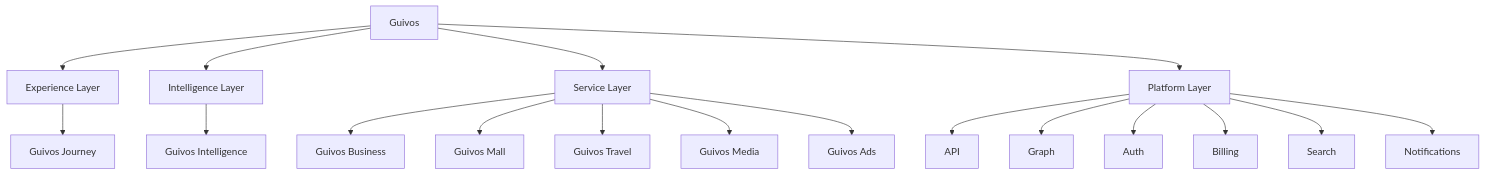
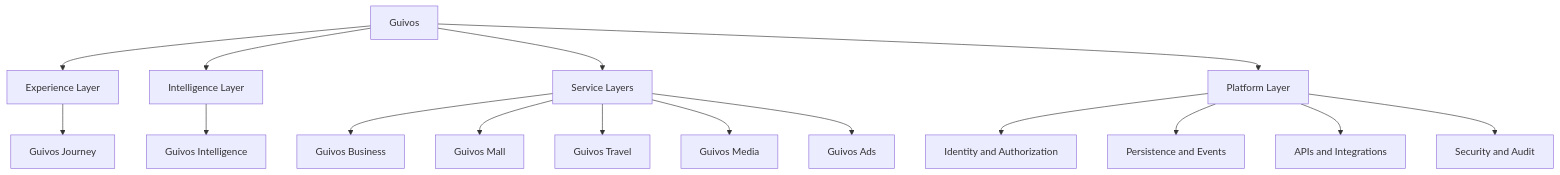
The second of 2 diagrams in docs/product-architecture/index.md (guivos-repositorio/Guivos-Knowledge-Repository), drawn with Mermaid before and after one commit. The commit also changed other lines of this file, not shown here.

Commit message:
Synchronize product architecture with engineering handoff readiness

````diff
--- a/docs/product-architecture/index.md
+++ b/docs/product-architecture/index.md
@@ -34,21 +32,19 @@
 ```mermaid
 graph TD
     G[Guivos]
     G --> EL[Experience Layer]
     EL --> J[Guivos Journey]
     G --> IL[Intelligence Layer]
     IL --> I[Guivos Intelligence]
-    G --> SL[Service Layer]
+    G --> SL[Service Layers]
     SL --> B[Guivos Business]
     SL --> M[Guivos Mall]
     SL --> T[Guivos Travel]
     SL --> MD[Guivos Media]
     SL --> A[Guivos Ads]
     G --> PL[Platform Layer]
-    PL --> API[API]
-    PL --> GR[Graph]
-    PL --> AUTH[Auth]
-    PL --> BILL[Billing]
-    PL --> SEARCH[Search]
-    PL --> NOTIF[Notifications]
+    PL --> ID[Identity and Authorization]
+    PL --> DATA[Persistence and Events]
+    PL --> API[APIs and Integrations]
+    PL --> SEC[Security and Audit]
 ```
````
